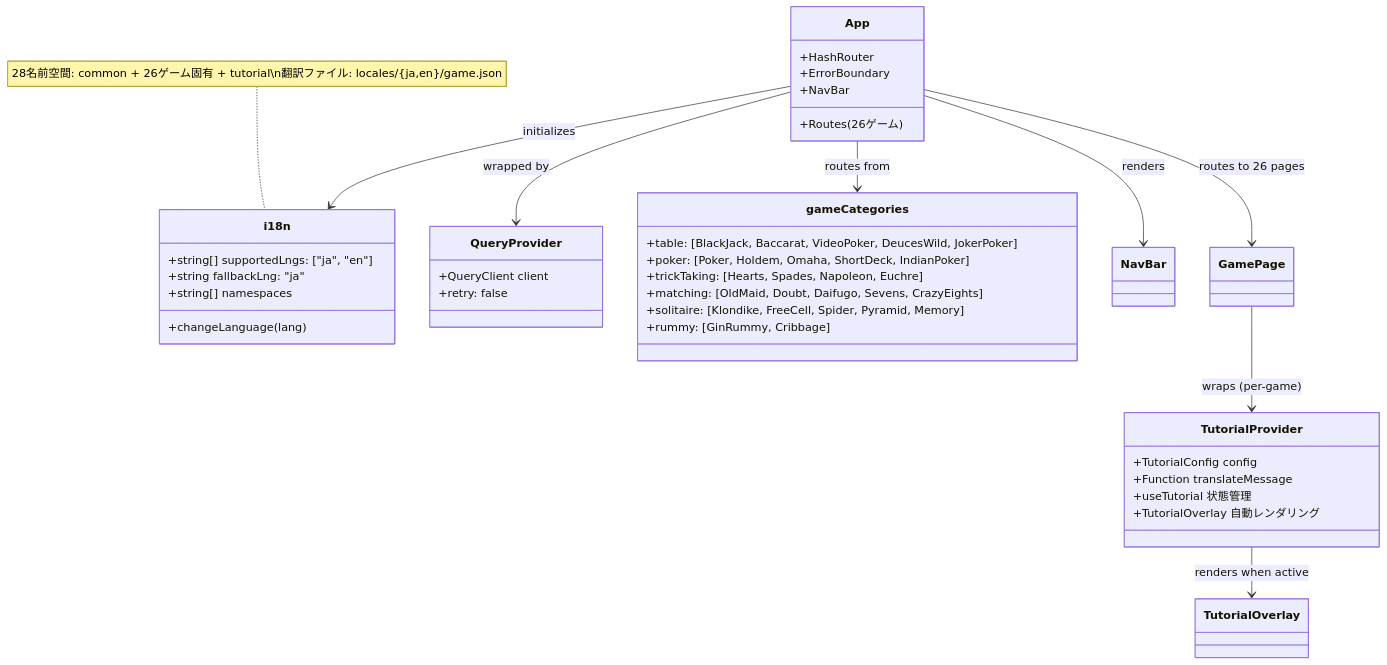
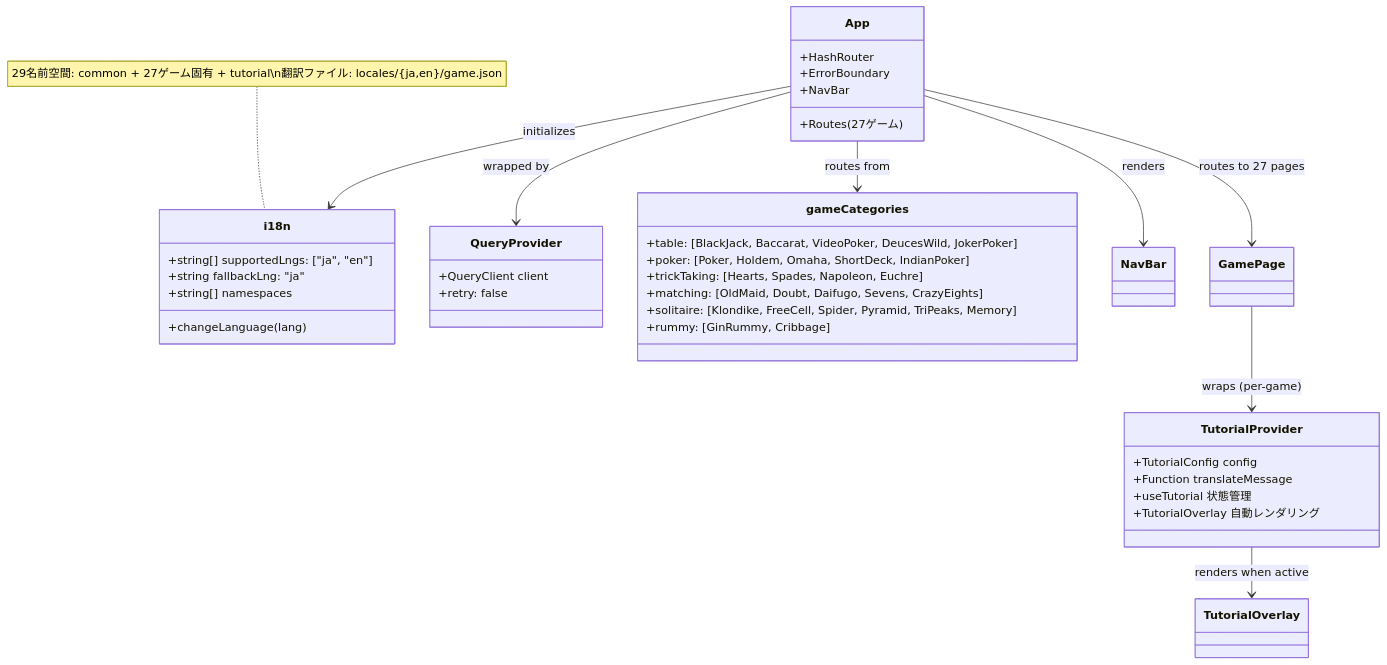
Before and after one commit to yuta-yoshinaga/go_trumpcards: the eighth of 18 diagrams in docs/design/frontend.md, drawn with Mermaid. The commit also changed other lines of this file and 51 other files, not shown here.

First line of the commit message:
feat: add TriPeaks solitaire game

````diff
--- a/docs/design/frontend.md
+++ b/docs/design/frontend.md
@@ -859,47 +902,47 @@
 ```mermaid
 classDiagram
     class i18n {
         +string[] supportedLngs: ["ja", "en"]
         +string fallbackLng: "ja"
         +string[] namespaces
         +changeLanguage(lang)
     }
 
     class QueryProvider {
         +QueryClient client
         +retry: false
     }
 
     class App {
         +HashRouter
         +ErrorBoundary
         +NavBar
-        +Routes (26ゲーム)
+        +Routes (27ゲーム)
     }
 
     class gameCategories {
         +table: [BlackJack, Baccarat, VideoPoker, DeucesWild, JokerPoker]
         +poker: [Poker, Holdem, Omaha, ShortDeck, IndianPoker]
         +trickTaking: [Hearts, Spades, Napoleon, Euchre]
         +matching: [OldMaid, Doubt, Daifugo, Sevens, CrazyEights]
-        +solitaire: [Klondike, FreeCell, Spider, Pyramid, Memory]
+        +solitaire: [Klondike, FreeCell, Spider, Pyramid, TriPeaks, Memory]
         +rummy: [GinRummy, Cribbage]
     }
 
     class TutorialProvider {
         +TutorialConfig config
         +Function translateMessage
         +useTutorial 状態管理
         +TutorialOverlay 自動レンダリング
     }
 
     App --> QueryProvider : wrapped by
     App --> i18n : initializes
     App --> gameCategories : routes from
     App --> NavBar : renders
-    App --> GamePage : routes to 26 pages
+    App --> GamePage : routes to 27 pages
     GamePage --> TutorialProvider : wraps (per-game)
     TutorialProvider --> TutorialOverlay : renders when active
 
-    note for i18n "28名前空間: common + 26ゲーム固有 + tutorial\n翻訳ファイル: locales/{ja,en}/game.json"
+    note for i18n "29名前空間: common + 27ゲーム固有 + tutorial\n翻訳ファイル: locales/{ja,en}/game.json"
 ```
````
